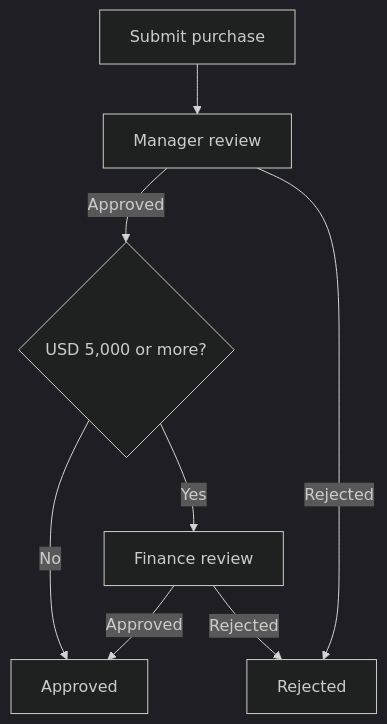
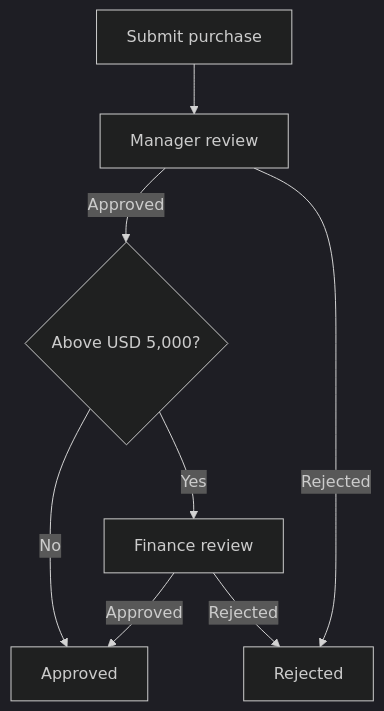
One commit to cevikburak1/flowops changed the first of 4 diagrams in README.md. Above: the diagram before and after it, drawn with Mermaid (dark theme). The commit also changed other lines of this file and 3 other files, not shown here.

Commit message:
Show real FlowOps workflow screens in the README (#3)

````diff
--- a/README.md
+++ b/README.md
@@ -27,10 +31,10 @@
 ```mermaid
 flowchart TD
     Request["Submit purchase"] --> Manager["Manager review"]
-    Manager -->|Approved| Threshold{"USD 5,000 or more?"}
+    Manager -->|Approved| Threshold{"Above USD 5,000?"}
     Manager -->|Rejected| Rejected["Rejected"]
     Threshold -->|No| Approved["Approved"]
     Threshold -->|Yes| Finance["Finance review"]
     Finance -->|Approved| Approved
     Finance -->|Rejected| Rejected
 ```
````
